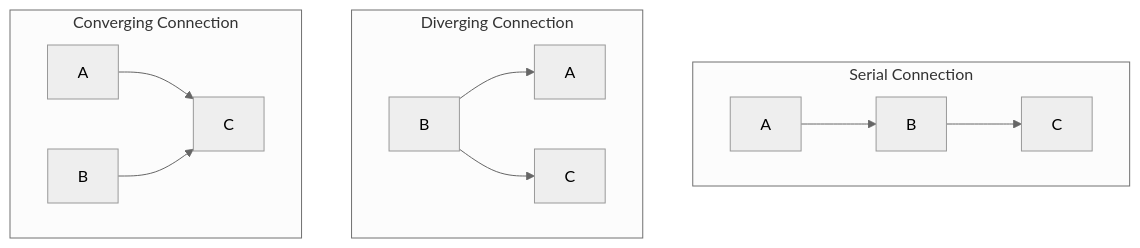
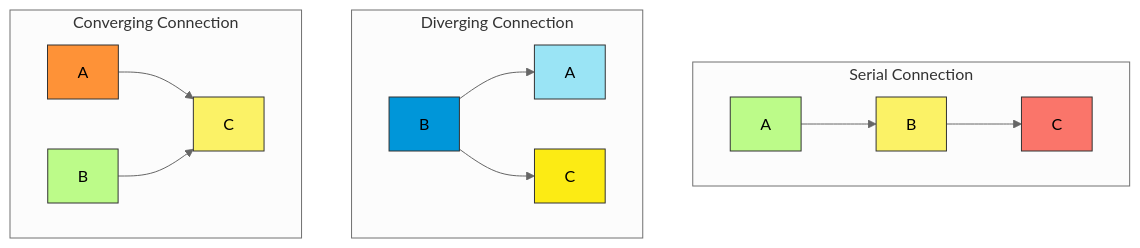
The fourth of 13 diagrams in C_4.md (Chaklader/part-of-speech-tagging), drawn with Mermaid (neutral theme) before and after one commit. The commit also changed other lines of this file, not shown here.

````diff
--- a/C_4.md
+++ b/C_4.md
@@ -505,17 +515,27 @@
 ```mermaid
 graph TD
     subgraph "Serial Connection"
     A1[A] --> B1[B]
     B1 --> C1[C]
     end
-
     subgraph "Diverging Connection"
     B2[B] --> A2[A]
     B2 --> C2[C]
     end
-
     subgraph "Converging Connection"
     A3[A] --> C3[C]
     B3[B] --> C3
     end
+
+    style A1 fill:#BCFB89,stroke:#333,stroke-width:1px
+    style B1 fill:#FBF266,stroke:#333,stroke-width:1px
+    style C1 fill:#FA756A,stroke:#333,stroke-width:1px
+
+    style A2 fill:#9AE4F5,stroke:#333,stroke-width:1px
+    style B2 fill:#0096D9,stroke:#333,stroke-width:1px
+    style C2 fill:#FCEB14,stroke:#333,stroke-width:1px
+
+    style A3 fill:#FE9237,stroke:#333,stroke-width:1px
+    style B3 fill:#BCFB89,stroke:#333,stroke-width:1px
+    style C3 fill:#FBF266,stroke:#333,stroke-width:1px
 ```
````
